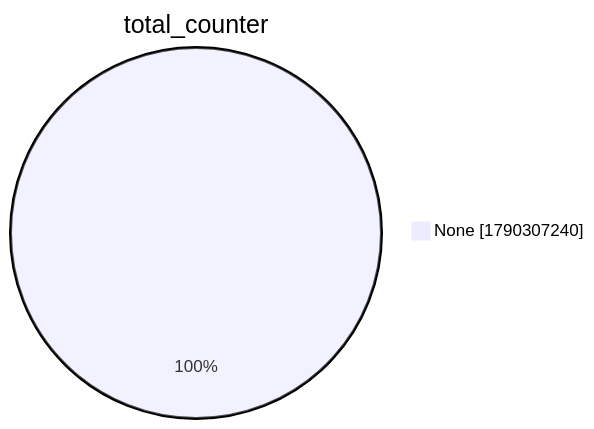
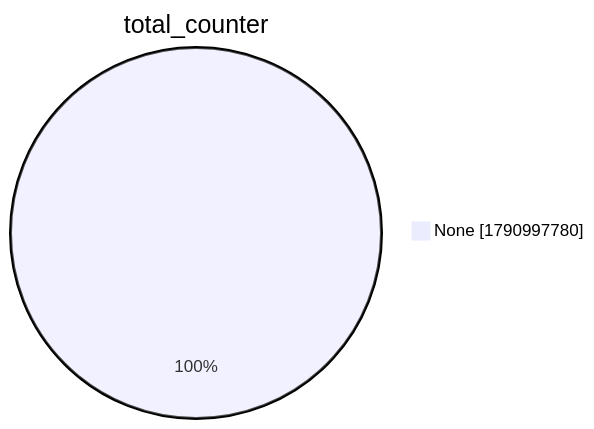
One commit to christiankrug/ctmonitor_visualization changed the second of 15 diagrams in xenon2022/README.md. Above: the diagram before and after it, drawn with Mermaid. The commit also changed other lines of this file, not shown here.

````diff
--- a/xenon2022/README.md
+++ b/xenon2022/README.md
@@ -9,5 +9,5 @@
 ```mermaid
 pie showData
 title total_counter
-"None" :1790307240
+"None" :1790997780
 ```
````
